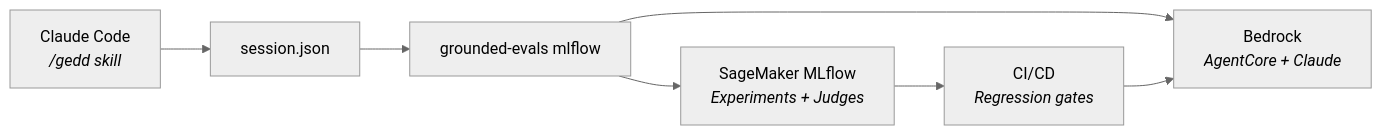
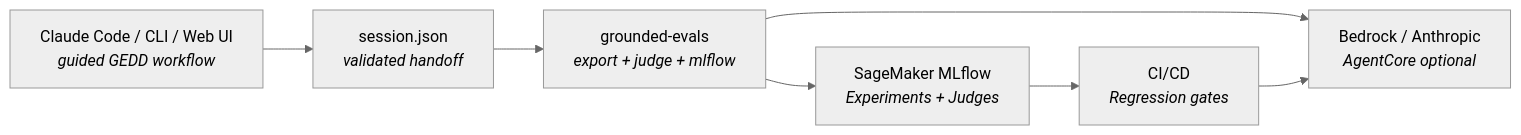
Before and after one commit to aws-samples/sample-GEDD: the third of 3 diagrams in README.md, drawn with Mermaid (neutral theme). The commit also changed other lines of this file, not shown here.

Commit message:
Refine README handoff workflow

````diff
--- a/README.md
+++ b/README.md
@@ -171,9 +192,9 @@
 ```mermaid
 flowchart LR
-    CC["Claude Code<br/><i>/gedd skill</i>"] --> SJ["session.json"]
-    SJ --> CLI["grounded-evals mlflow"]
+    CC["Claude Code / CLI / Web UI<br/><i>guided GEDD workflow</i>"] --> SJ["session.json<br/><i>validated handoff</i>"]
+    SJ --> CLI["grounded-evals<br/><i>export + judge + mlflow</i>"]
     CLI --> SM["SageMaker MLflow<br/><i>Experiments + Judges</i>"]
-    CLI --> BR["Bedrock<br/><i>AgentCore + Claude</i>"]
+    CLI --> BR["Bedrock / Anthropic<br/><i>AgentCore optional</i>"]
     SM --> CICD["CI/CD<br/><i>Regression gates</i>"]
     CICD --> BR
 ```
````
